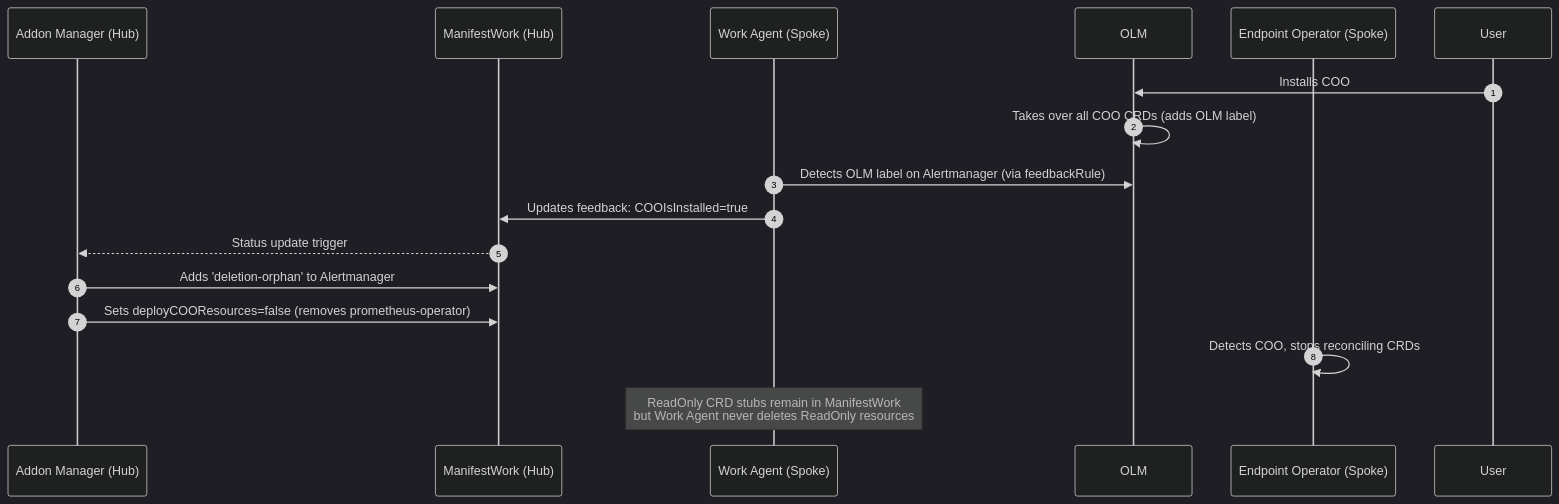
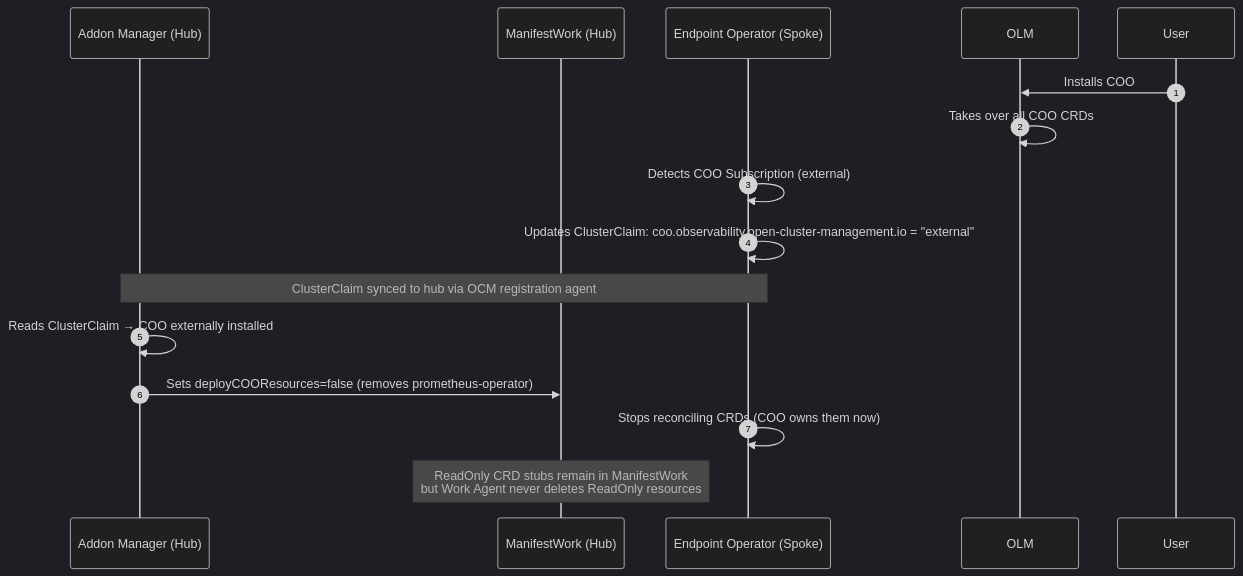
Before and after one commit to stolostron/multicluster-observability-addon: the second of 3 diagrams in internal/metrics/README.md, drawn with Mermaid (dark theme). The commit also changed other lines of this file, not shown here.

First line of the commit message:
docs: update metrics README for ClusterClaims-based COO detection

````diff
--- a/internal/metrics/README.md
+++ b/internal/metrics/README.md
@@ -127,20 +132,19 @@
 ```mermaid
 sequenceDiagram
     autonumber
     participant AddonManager as Addon Manager (Hub)
     participant ManifestWork as ManifestWork (Hub)
-    participant WorkAgent as Work Agent (Spoke)
+    participant EndpointOp as Endpoint Operator (Spoke)
     participant OLM
-    participant EndpointOp as Endpoint Operator (Spoke)
     participant User
 
     User->>OLM: Installs COO
-    OLM->>OLM: Takes over all COO CRDs (adds OLM label)
-    WorkAgent->>OLM: Detects OLM label on Alertmanager (via feedbackRule)
-    WorkAgent->>ManifestWork: Updates feedback: COOIsInstalled=true
-    ManifestWork-->>AddonManager: Status update trigger
-    AddonManager->>ManifestWork: Adds 'deletion-orphan' to Alertmanager
+    OLM->>OLM: Takes over all COO CRDs
+    EndpointOp->>EndpointOp: Detects COO Subscription (external)
+    EndpointOp->>EndpointOp: Updates ClusterClaim: coo.observability.open-cluster-management.io = "external"
+    Note over EndpointOp,AddonManager: ClusterClaim synced to hub via OCM registration agent
+    AddonManager->>AddonManager: Reads ClusterClaim → COO externally installed
     AddonManager->>ManifestWork: Sets deployCOOResources=false (removes prometheus-operator)
-    EndpointOp->>EndpointOp: Detects COO, stops reconciling CRDs
-    Note over WorkAgent: ReadOnly CRD stubs remain in ManifestWork<br/>but Work Agent never deletes ReadOnly resources
+    EndpointOp->>EndpointOp: Stops reconciling CRDs (COO owns them now)
+    Note over ManifestWork: ReadOnly CRD stubs remain in ManifestWork<br/>but Work Agent never deletes ReadOnly resources
 ```
````
